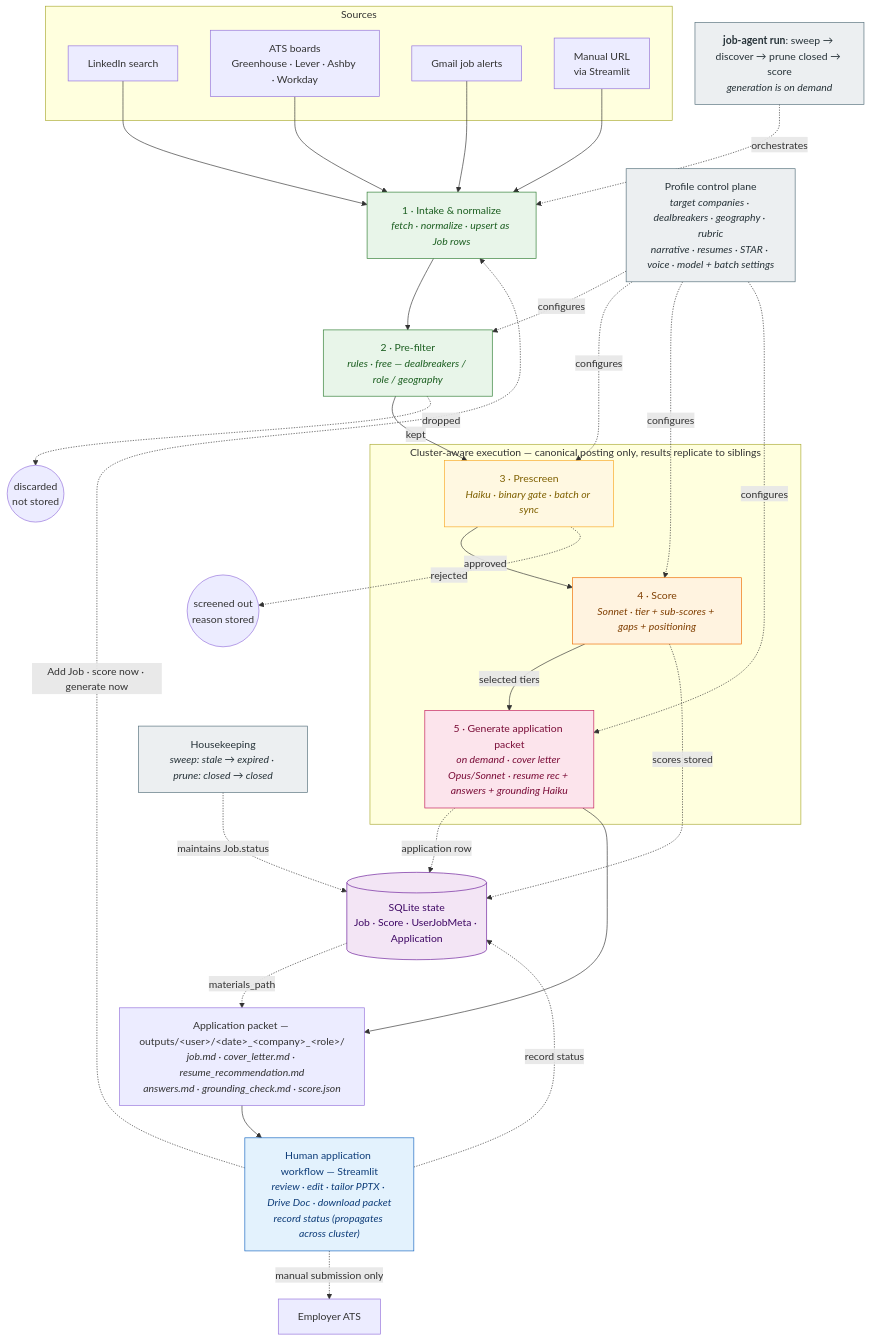
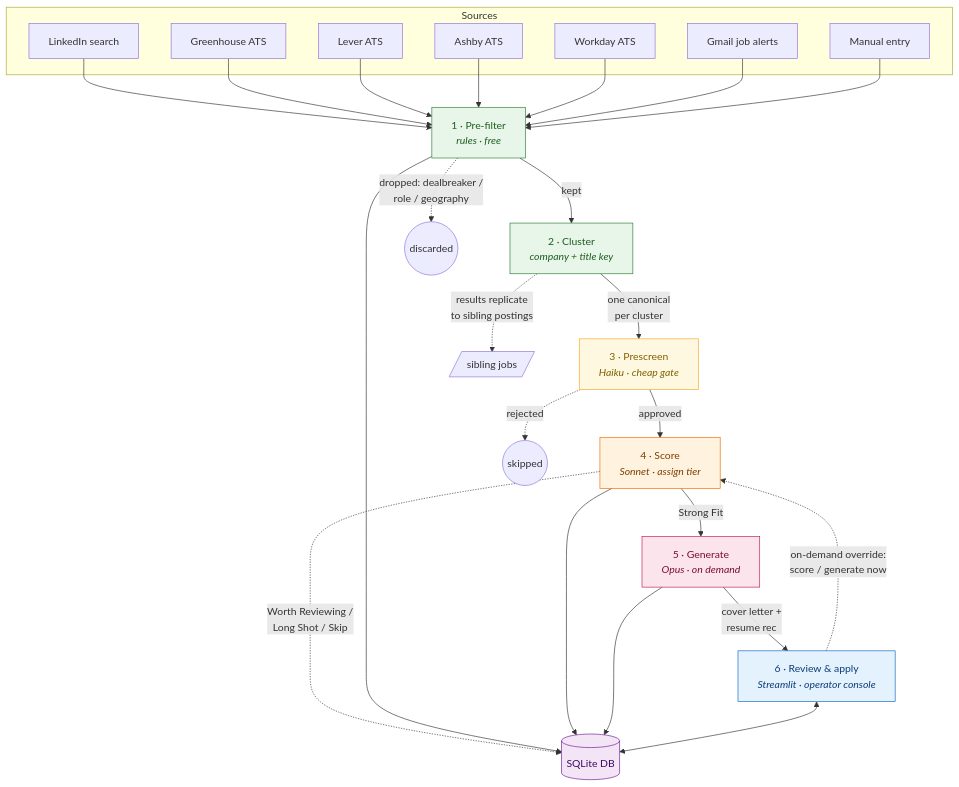
One commit to theokelly/job-search-pipeline changed the diagram in flow.mmd. Above: the diagram before and after it, drawn with Mermaid. The commit also changed 3 other files, not shown here.

Commit message:
docs: restyle diagrams — funnel back to original layout; architecture rebuilt around Drive

```diff
--- a/flow.mmd
+++ b/flow.mmd
@@ -1,71 +1,56 @@
 flowchart TD
-    RUN["<b>job-agent run</b>: sweep → discover → prune closed → score<br/><i>generation is on demand</i>"]
-
     subgraph SRC[Sources]
         LI[LinkedIn search]
-        ATS[ATS boards<br/>Greenhouse · Lever · Ashby · Workday]
+        GH[Greenhouse ATS]
+        LV[Lever ATS]
+        AS[Ashby ATS]
+        WD[Workday ATS]
         EM[Gmail job alerts]
-        MAN[Manual URL<br/>via Streamlit]
+        MAN[Manual entry]
     end
 
-    LI --> INT
-    ATS --> INT
-    EM --> INT
-    MAN --> INT
-    RUN -.->|orchestrates| INT
+    LI --> F
+    GH --> F
+    LV --> F
+    AS --> F
+    WD --> F
+    EM --> F
+    MAN --> F
 
-    INT["1 · Intake &amp; normalize<br/><i>fetch · normalize · upsert as Job rows</i>"]
-    F["2 · Pre-filter<br/><i>rules · free — dealbreakers / role / geography</i>"]
+    F["1 · Pre-filter<br/><i>rules · free</i>"]
+    CL["2 · Cluster<br/><i>company + title key</i>"]
+    PS["3 · Prescreen<br/><i>Haiku · cheap gate</i>"]
+    SC["4 · Score<br/><i>Sonnet · assign tier</i>"]
+    GEN["5 · Generate<br/><i>Opus · on demand</i>"]
+    UI["6 · Review &amp; apply<br/><i>Streamlit · operator console</i>"]
 
-    INT --> F
-    F -->|kept| PS
-    F -.->|dropped| X1((discarded<br/>not stored))
+    F -->|kept| CL
+    F -.->|dropped: dealbreaker /<br/>role / geography| X1((discarded))
+    CL -->|one canonical<br/>per cluster| PS
+    PS -->|approved| SC
+    PS -.->|rejected| X2((skipped))
+    SC -->|Strong Fit| GEN
+    SC -.->|Worth Reviewing /<br/>Long Shot / Skip| DB[(SQLite DB)]
+    GEN -->|cover letter +<br/>resume rec| UI
 
-    subgraph CLUS[Cluster-aware execution — canonical posting only, results replicate to siblings]
-        PS["3 · Prescreen<br/><i>Haiku · binary gate · batch or sync</i>"]
-        SC["4 · Score<br/><i>Sonnet · tier + sub-scores + gaps + positioning</i>"]
-        GEN["5 · Generate application packet<br/><i>on demand · cover letter Opus/Sonnet · resume rec + answers + grounding Haiku</i>"]
-        PS -->|approved| SC
-        SC -->|selected tiers| GEN
-    end
+    CL -. "results replicate<br/>to sibling postings" .-> SIB[/sibling jobs/]
 
-    PS -.->|rejected| X2((screened out<br/>reason stored))
-
-    PROF["Profile control plane<br/><i>target companies · dealbreakers · geography · rubric<br/>narrative · resumes · STAR · voice · model + batch settings</i>"]
-    PROF -.->|configures| F
-    PROF -.->|configures| PS
-    PROF -.->|configures| SC
-    PROF -.->|configures| GEN
-
-    DB[("SQLite state<br/>Job · Score · UserJobMeta · Application")]
-    SC -.->|scores stored| DB
-    GEN -.->|application row| DB
-
-    OUT["Application packet — outputs/&lt;user&gt;/&lt;date&gt;_&lt;company&gt;_&lt;role&gt;/<br/><i>job.md · cover_letter.md · resume_recommendation.md<br/>answers.md · grounding_check.md · score.json</i>"]
-    GEN --> OUT
-    DB -.->|materials_path| OUT
-
-    HK["Housekeeping<br/><i>sweep: stale → expired · prune: closed → closed</i>"]
-    HK -.->|maintains Job.status| DB
-
-    HUM["Human application workflow — Streamlit<br/><i>review · edit · tailor PPTX · Drive Doc · download packet<br/>record status (propagates across cluster)</i>"]
-    OUT --> HUM
-    HUM -.->|manual submission only| EMP[Employer ATS]
-    HUM -.->|record status| DB
-    HUM -.->|Add Job · score now · generate now| INT
+    F --> DB
+    SC --> DB
+    GEN --> DB
+    UI <--> DB
+    UI -.->|on-demand override:<br/>score / generate now| SC
 
     classDef free fill:#e8f5e9,stroke:#2e7d32,color:#1b5e20;
     classDef cheap fill:#fff8e1,stroke:#f9a825,color:#7f6000;
     classDef mid fill:#fff3e0,stroke:#ef6c00,color:#7f3e00;
     classDef expensive fill:#fce4ec,stroke:#c2185b,color:#7a0c37;
     classDef human fill:#e3f2fd,stroke:#1565c0,color:#0d3c78;
     classDef store fill:#f3e5f5,stroke:#6a1b9a,color:#3e0764;
-    classDef ctrl fill:#eceff1,stroke:#546e7a,color:#263238;
 
-    class INT,F free;
+    class F,CL free;
     class PS cheap;
     class SC mid;
     class GEN expensive;
-    class HUM human;
+    class UI human;
     class DB store;
-    class PROF,RUN,HK ctrl;
```
